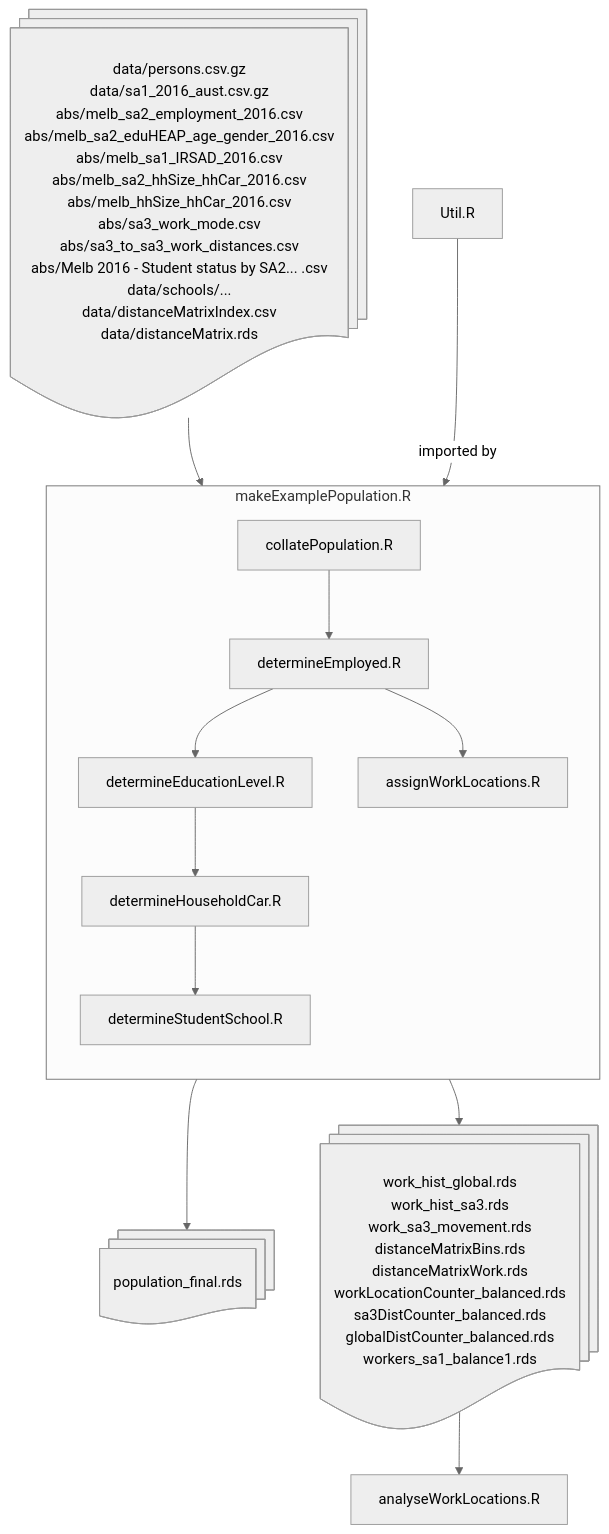
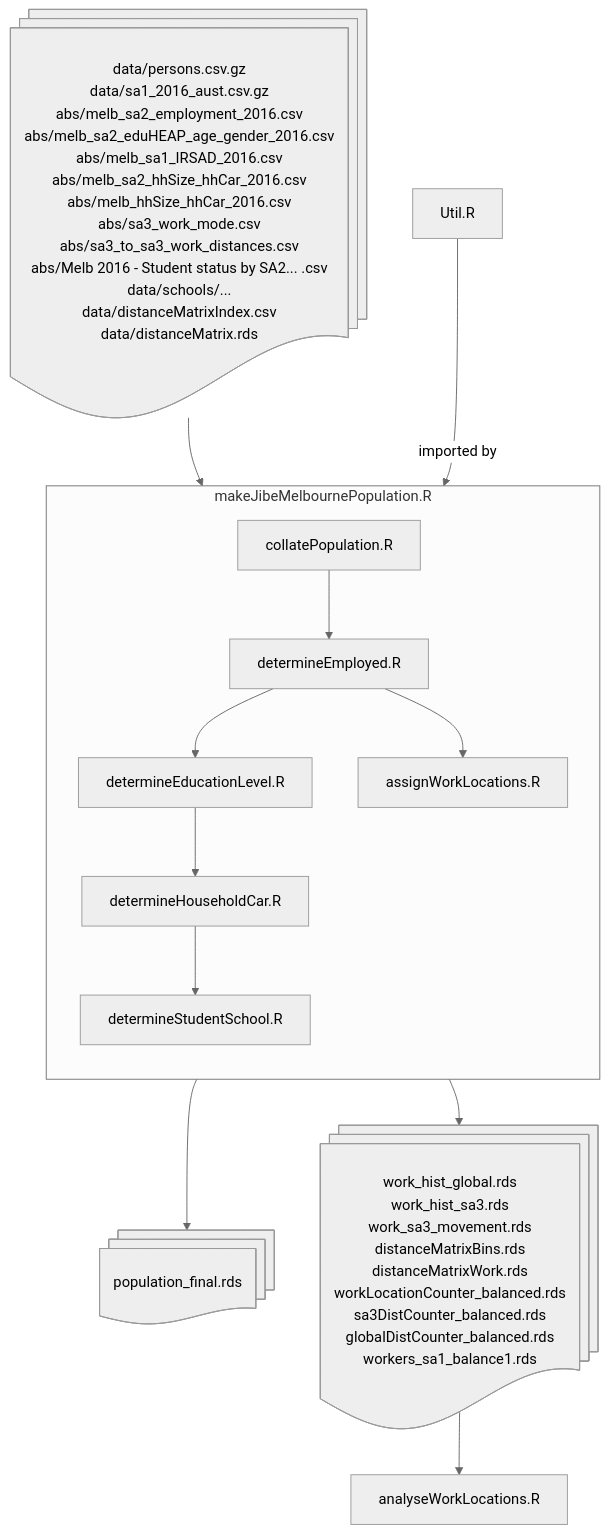
One commit to jibeproject/syntheticPopulationMelbourne changed the diagram in README.md. Above: the diagram before and after it, drawn with Mermaid (neutral theme).

Commit message:
updated readme to reflect renamed files

````diff
--- a/README.md
+++ b/README.md
@@ -4,20 +4,20 @@
 ```mermaid
 flowchart TD
-    subgraph makeExamplePopulation.R
+    subgraph makeJibeMelbournePopulation.R
         direction TB 
         collatePopulation.R -->
         determineEmployed.R -->
         determineEducationLevel.R -->
         determineHouseholdCar.R -->
         determineStudentSchool.R
         determineEmployed.R -->
         assignWorkLocations.R
     end
-    input@{ shape: docs, label: "data/persons.csv.gz\ndata/sa1_2016_aust.csv.gz\nabs/melb_sa2_employment_2016.csv\nabs/melb_sa2_eduHEAP_age_gender_2016.csv\nabs/melb_sa1_IRSAD_2016.csv\nabs/melb_sa2_hhSize_hhCar_2016.csv\nabs/melb_hhSize_hhCar_2016.csv\nabs/sa3_work_mode.csv\nabs/sa3_to_sa3_work_distances.csv\nabs/Melb 2016 - Student status by SA2... .csv\ndata/schools/...\ndata/distanceMatrixIndex.csv\ndata/distanceMatrix.rds"}--> makeExamplePopulation.R
-    Util.R--imported by-->makeExamplePopulation.R
-    makeExamplePopulation.R -->
+    input@{ shape: docs, label: "data/persons.csv.gz\ndata/sa1_2016_aust.csv.gz\nabs/melb_sa2_employment_2016.csv\nabs/melb_sa2_eduHEAP_age_gender_2016.csv\nabs/melb_sa1_IRSAD_2016.csv\nabs/melb_sa2_hhSize_hhCar_2016.csv\nabs/melb_hhSize_hhCar_2016.csv\nabs/sa3_work_mode.csv\nabs/sa3_to_sa3_work_distances.csv\nabs/Melb 2016 - Student status by SA2... .csv\ndata/schools/...\ndata/distanceMatrixIndex.csv\ndata/distanceMatrix.rds"}--> makeJibeMelbournePopulation.R
+    Util.R--imported by-->makeJibeMelbournePopulation.R
+    makeJibeMelbournePopulation.R -->
     population@{ shape: docs, label: "population_final.rds"}
-    makeExamplePopulation.R -->
+    makeJibeMelbournePopulation.R -->
     workData@{ shape: docs, label: "work_hist_global.rds\nwork_hist_sa3.rds\nwork_sa3_movement.rds\ndistanceMatrixBins.rds\ndistanceMatrixWork.rds\nworkLocationCounter_balanced.rds\nsa3DistCounter_balanced.rds\nglobalDistCounter_balanced.rds\nworkers_sa1_balance1.rds"} -->
     analyseWorkLocations.R
 ```
````
